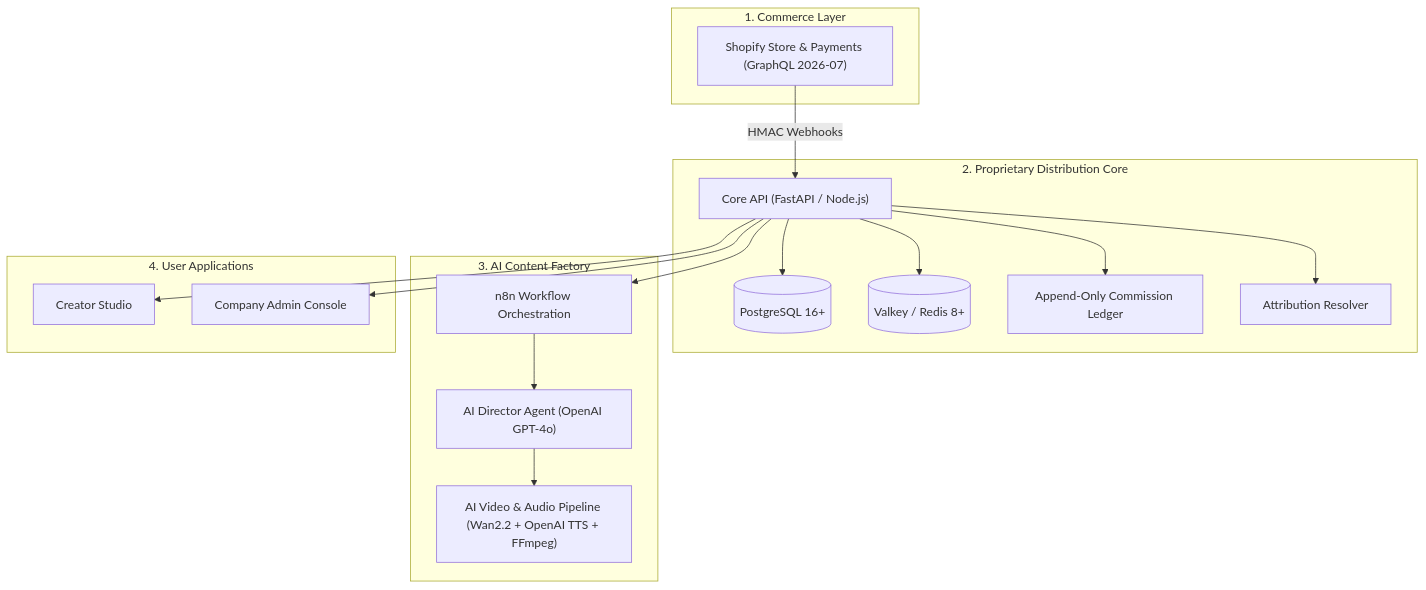
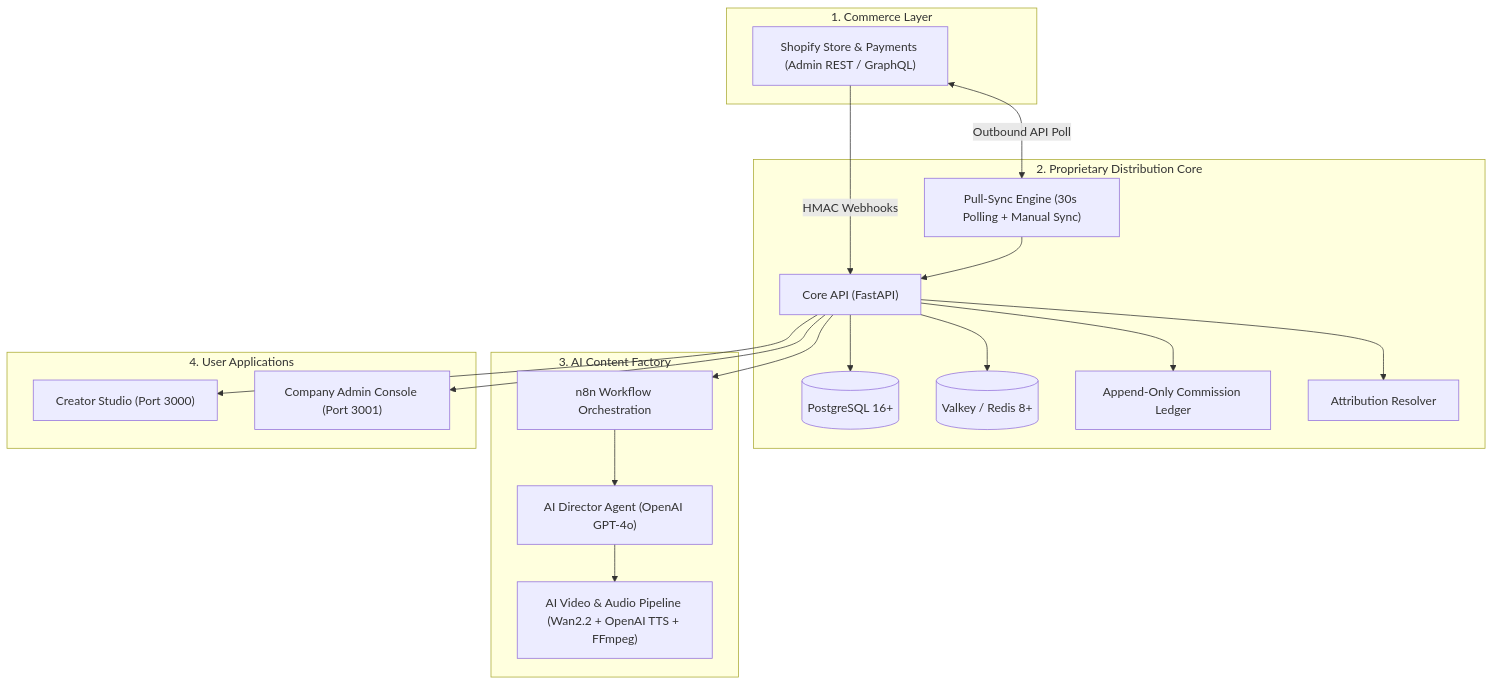
One commit to nicomaldox/shopify-ai-distribution-os changed the second of 2 diagrams in README.md. Above: the diagram before and after it, drawn with Mermaid. The commit also changed other lines of this file and 26 other files, not shown here.

````diff
--- a/README.md
+++ b/README.md
@@ -71,36 +74,39 @@
 ```mermaid
 flowchart TB
     subgraph Commerce ["1. Commerce Layer"]
-        SHOPIFY["Shopify Store & Payments (GraphQL 2026-07)"]
+        SHOPIFY["Shopify Store & Payments (Admin REST / GraphQL)"]
     end
 
     subgraph CoreEngine ["2. Proprietary Distribution Core"]
-        CORE_API["Core API (FastAPI / Node.js)"]
+        CORE_API["Core API (FastAPI)"]
+        SYNC["Pull-Sync Engine (30s Polling + Manual Sync)"]
         PG[(PostgreSQL 16+)]
         VALKEY[(Valkey / Redis 8+)]
         LEDGER["Append-Only Commission Ledger"]
-        ATTRIB["Attribution Resolver"]
+        ATTR["Attribution Resolver"]
     end
 
     subgraph AIEngine ["3. AI Content Factory"]
         N8N["n8n Workflow Orchestration"]
         DIRECTOR["AI Director Agent (OpenAI GPT-4o)"]
         RENDERER["AI Video & Audio Pipeline (Wan2.2 + OpenAI TTS + FFmpeg)"]
     end
 
     subgraph Portals ["4. User Applications"]
-        CREATOR_APP["Creator Studio"]
-        ADMIN_APP["Company Admin Console"]
+        CREATOR_APP["Creator Studio (Port 3000)"]
+        ADMIN_APP["Company Admin Console (Port 3001)"]
     end
 
+    SHOPIFY <-->|"Outbound API Poll"| SYNC
     SHOPIFY -->|"HMAC Webhooks"| CORE_API
+    SYNC --> CORE_API
     CORE_API --> PG
     CORE_API --> VALKEY
     CORE_API --> LEDGER
-    CORE_API --> ATTRIB
+    CORE_API --> ATTR
     CORE_API --> N8N
     N8N --> DIRECTOR
     DIRECTOR --> RENDERER
     CORE_API --> CREATOR_APP
     CORE_API --> ADMIN_APP
 ```
````
